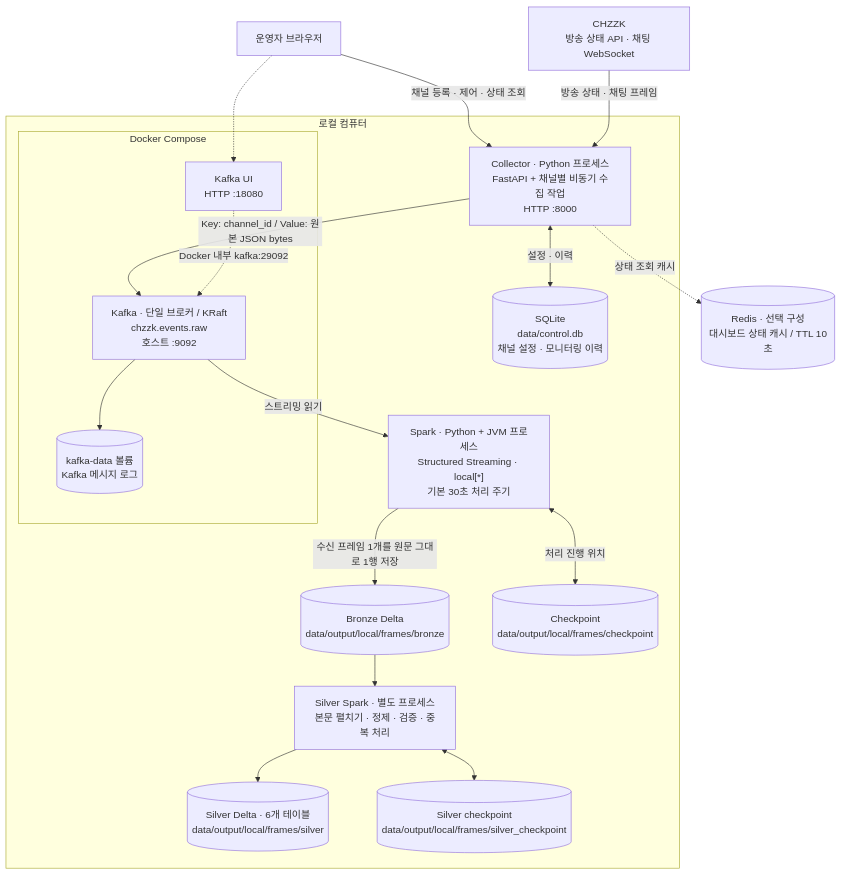
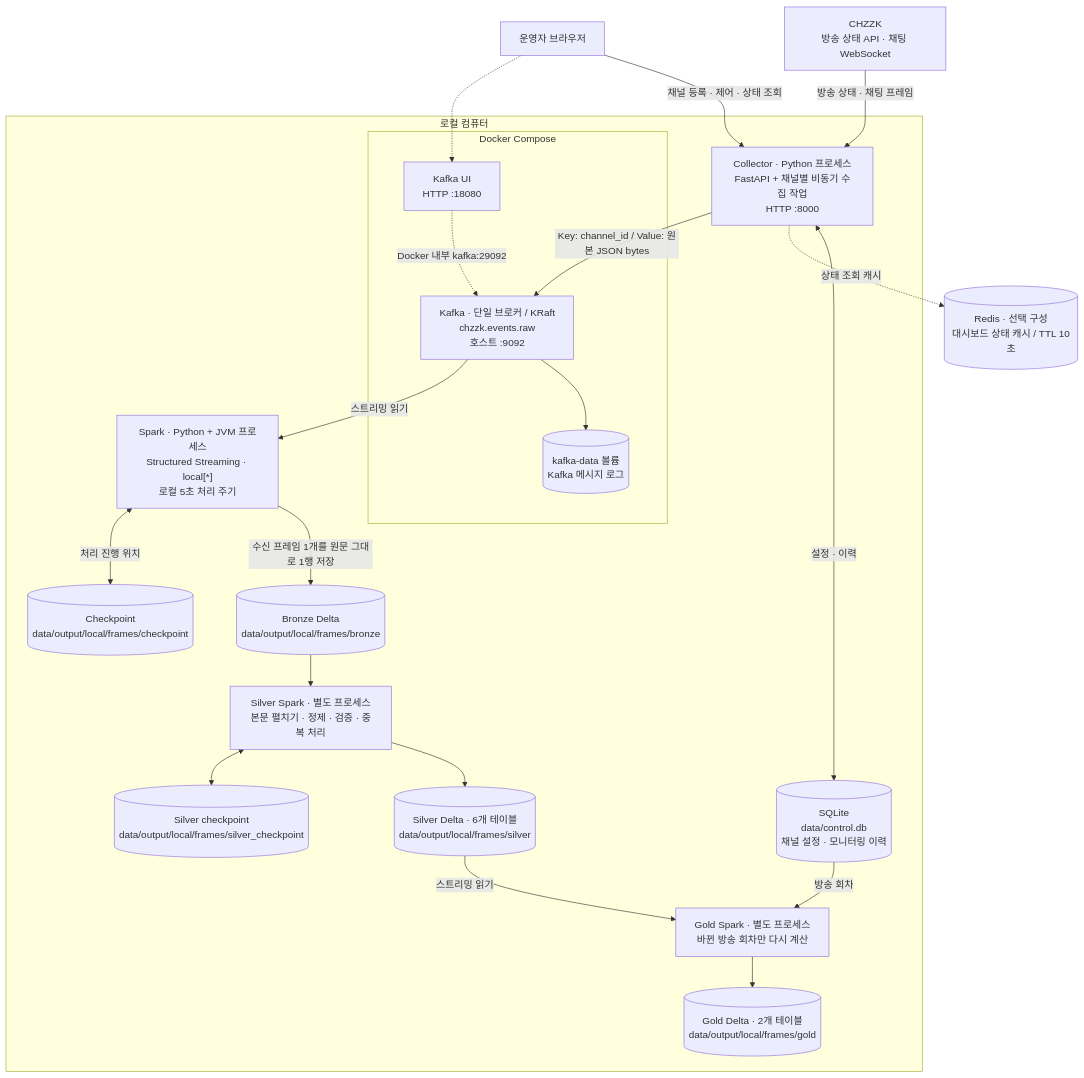
The first of 3 diagrams in docs/architecture.md (Recklehs/chzzk-chat-pipeline), drawn with Mermaid before and after one commit. The commit also changed other lines of this file and 4 other files, not shown here.

````diff
--- a/docs/architecture.md
+++ b/docs/architecture.md
@@ -9,37 +9,42 @@
 ```mermaid
 flowchart TB
     CH["CHZZK<br/>방송 상태 API · 채팅 WebSocket"]
     USER["운영자 브라우저"]
 
     subgraph HOST["로컬 컴퓨터"]
         COL["Collector · Python 프로세스<br/>FastAPI + 채널별 비동기 수집 작업<br/>HTTP :8000"]
         SQL[("SQLite<br/>data/control.db<br/>채널 설정 · 모니터링 이력")]
         subgraph DOCKER["Docker Compose"]
             K["Kafka · 단일 브로커 / KRaft<br/>chzzk.events.raw<br/>호스트 :9092"]
             VOL[("kafka-data 볼륨<br/>Kafka 메시지 로그")]
             UI["Kafka UI<br/>HTTP :18080"]
         end
-        SP["Spark · Python + JVM 프로세스<br/>Structured Streaming · local[*]<br/>기본 30초 처리 주기"]
+        SP["Spark · Python + JVM 프로세스<br/>Structured Streaming · local[*]<br/>로컬 5초 처리 주기"]
         BR[("Bronze Delta<br/>data/output/local/frames/bronze")]
         CP[("Checkpoint<br/>data/output/local/frames/checkpoint")]
         SS["Silver Spark · 별도 프로세스<br/>본문 펼치기 · 정제 · 검증 · 중복 처리"]
         SL[("Silver Delta · 6개 테이블<br/>data/output/local/frames/silver")]
         SC[("Silver checkpoint<br/>data/output/local/frames/silver_checkpoint")]
+        GS["Gold Spark · 별도 프로세스<br/>바뀐 방송 회차만 다시 계산"]
+        GL[("Gold Delta · 2개 테이블<br/>data/output/local/frames/gold")]
     end
 
     USER -->|"채널 등록 · 제어 · 상태 조회"| COL
     CH -->|"방송 상태 · 채팅 프레임"| COL
     COL <-->|"설정 · 이력"| SQL
     COL -->|"Key: channel_id / Value: 원본 JSON bytes"| K
     K --> VOL
     K -->|"스트리밍 읽기"| SP
     SP -->|"수신 프레임 1개를 원문 그대로 1행 저장"| BR
     SP <-->|"처리 진행 위치"| CP
     BR --> SS
     SS --> SL
     SS <--> SC
+    SL -->|"스트리밍 읽기"| GS
+    SQL -->|"방송 회차"| GS
+    GS --> GL
     USER -.-> UI
     UI -. "Docker 내부 kafka:29092" .-> K
     REDIS[("Redis · 선택 구성<br/>대시보드 상태 캐시 / TTL 10초")]
     COL -. "상태 조회 캐시" .-> REDIS
 ```
````
